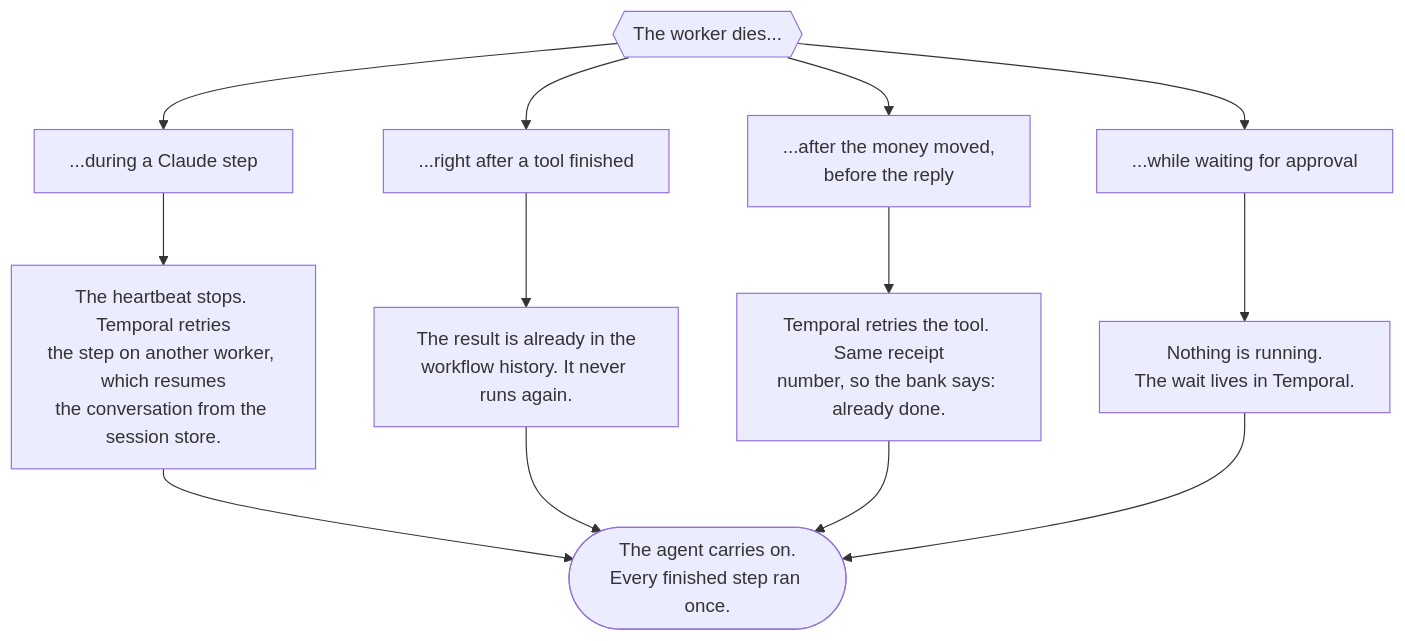
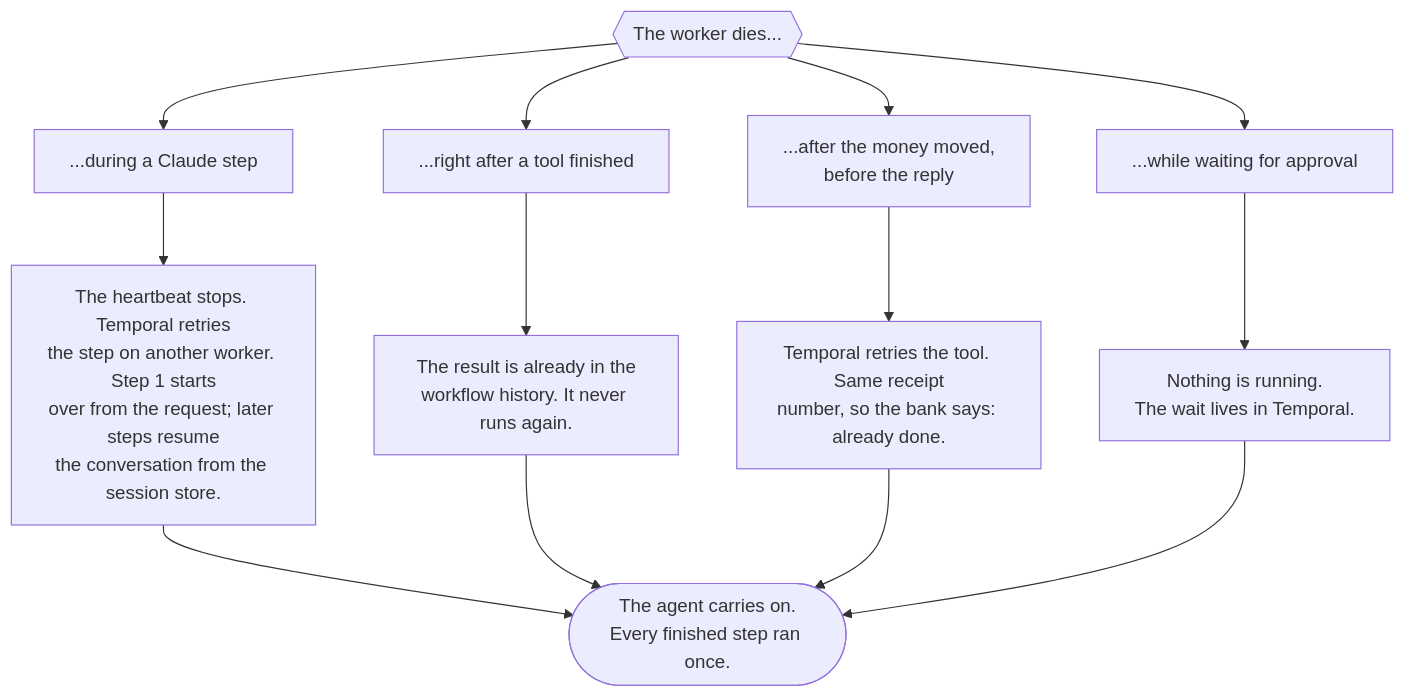
Before and after one commit to osamastro7-droid/temporal-claude-agent: the fourth of 4 diagrams in README.md, drawn with Mermaid. The commit also changed 8 other files, not shown here.

Commit message:
docs(map): final review fixes; README: step 1 starts over after a crash

````diff
--- a/README.md
+++ b/README.md
@@ -109,16 +109,16 @@
 ```mermaid
 flowchart TD
     K{{"The worker dies..."}}
     K --> A["...during a Claude step"]
     K --> B["...right after a tool finished"]
     K --> C["...after the money moved,<br/>before the reply"]
     K --> D["...while waiting for approval"]
-    A --> A2["The heartbeat stops. Temporal retries<br/>the step on another worker, which resumes<br/>the conversation from the session store."]
+    A --> A2["The heartbeat stops. Temporal retries<br/>the step on another worker. Step 1 starts<br/>over from the request; later steps resume<br/>the conversation from the session store."]
     B --> B2["The result is already in the<br/>workflow history. It never runs again."]
     C --> C2["Temporal retries the tool. Same receipt<br/>number, so the bank says: already done."]
     D --> D2["Nothing is running.<br/>The wait lives in Temporal."]
     A2 --> OK(["The agent carries on.<br/>Every finished step ran once."])
     B2 --> OK
     C2 --> OK
     D2 --> OK
 ```
````
